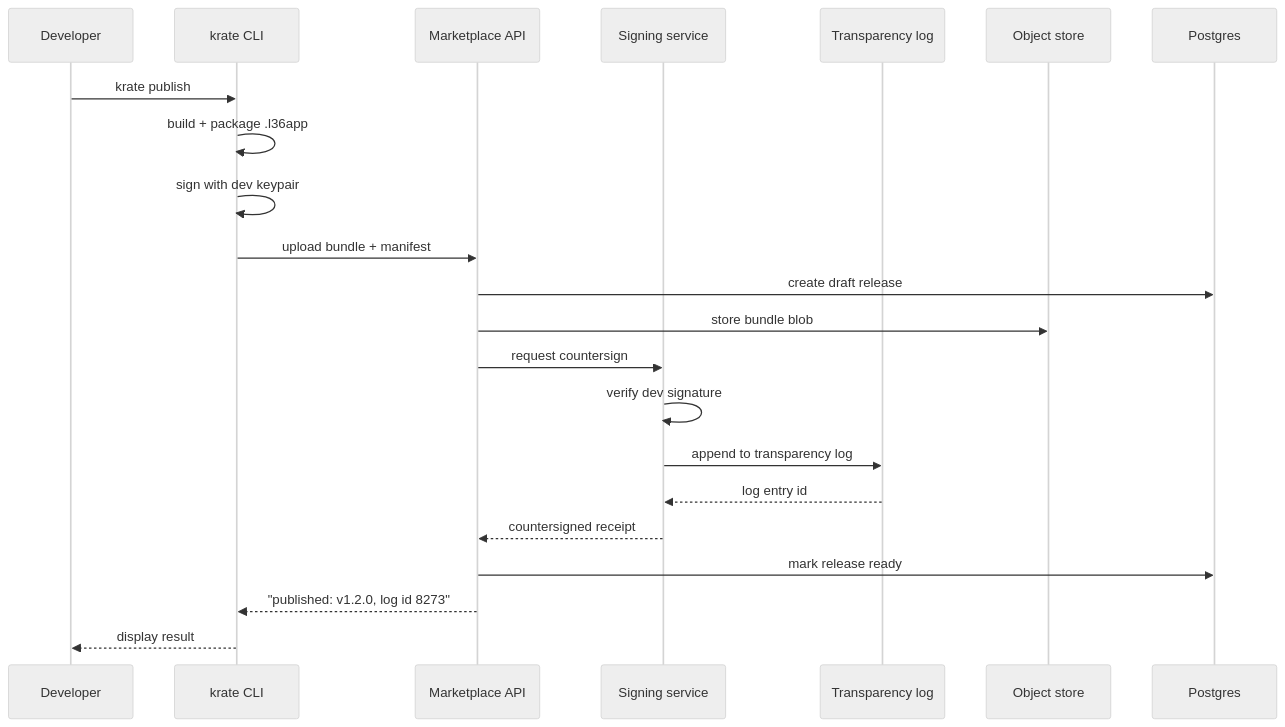
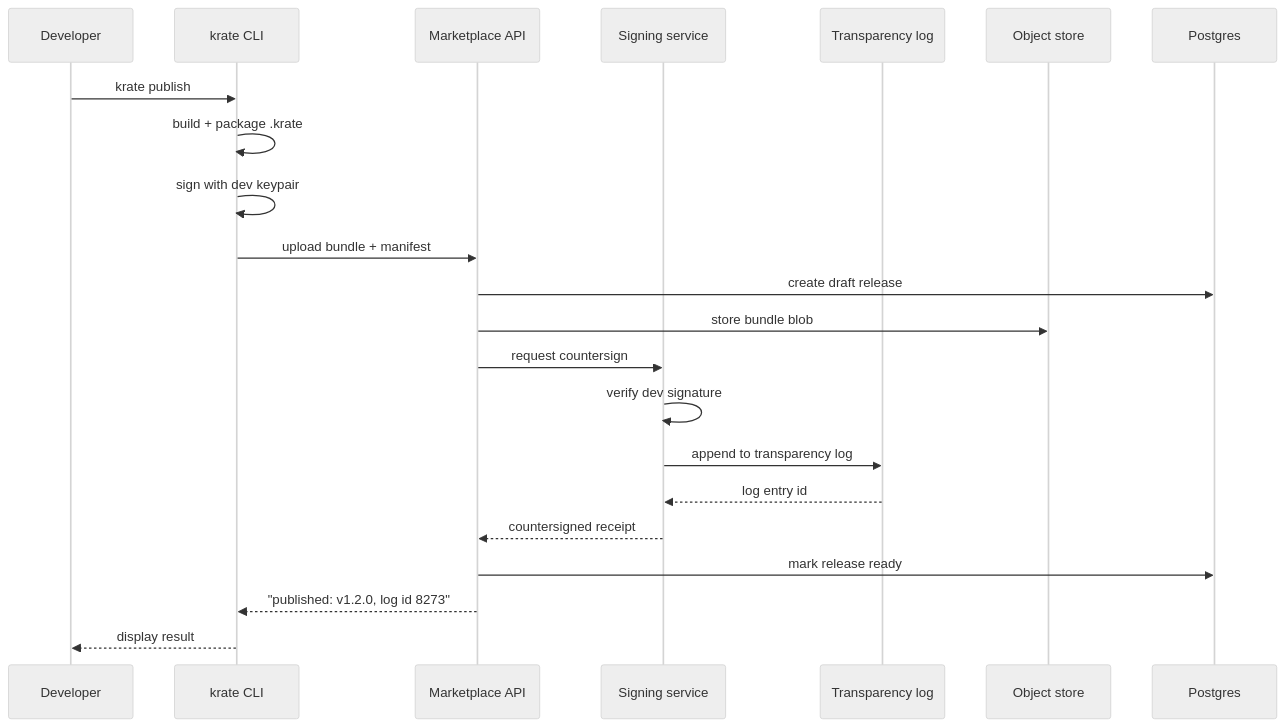
Before and after one commit to incyashraj/krate: the second of 9 diagrams in Plan/Phase-6-Plan.md, drawn with Mermaid (neutral theme). The commit also changed other lines of this file and 13 other files, not shown here.

First line of the commit message:
docs: sweep .l36app to .krate and record the completed rename

````diff
--- a/Plan/Phase-6-Plan.md
+++ b/Plan/Phase-6-Plan.md
@@ -243,25 +243,25 @@
 ```mermaid
 sequenceDiagram
     participant Dev as Developer
     participant CLI as krate CLI
     participant API as Marketplace API
     participant S as Signing service
     participant L as Transparency log
     participant S3 as Object store
     participant DB as Postgres
 
     Dev->>CLI: krate publish
-    CLI->>CLI: build + package .l36app
+    CLI->>CLI: build + package .krate
     CLI->>CLI: sign with dev keypair
     CLI->>API: upload bundle + manifest
     API->>DB: create draft release
     API->>S3: store bundle blob
     API->>S: request countersign
     S->>S: verify dev signature
     S->>L: append to transparency log
     L-->>S: log entry id
     S-->>API: countersigned receipt
     API->>DB: mark release ready
     API-->>CLI: "published: v1.2.0, log id 8273"
     CLI-->>Dev: display result
 ```
````
